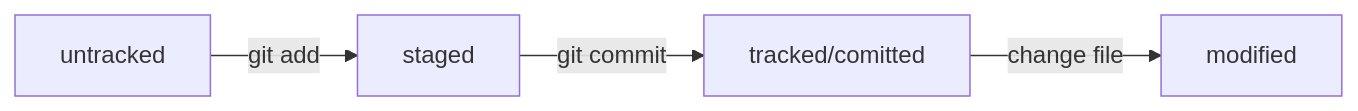
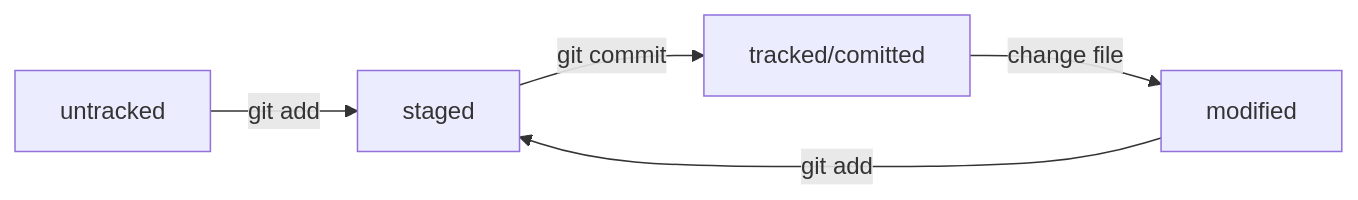
Before and after one commit to denisov-kn/git-help: the diagram in README.md, drawn with Mermaid.

Commit message:
Добавить в mermaid-схему переход modified -> staged

````diff
--- a/README.md
+++ b/README.md
@@ -147,7 +147,8 @@
 ```mermaid
 graph LR 
  untracked -- "git add" --> staged;
  staged    -- "git commit"     --> tracked/comitted;
  tracked/comitted -- "change file" --> modified;
+ modified -- "git add" --> staged;
  
 ```
````
